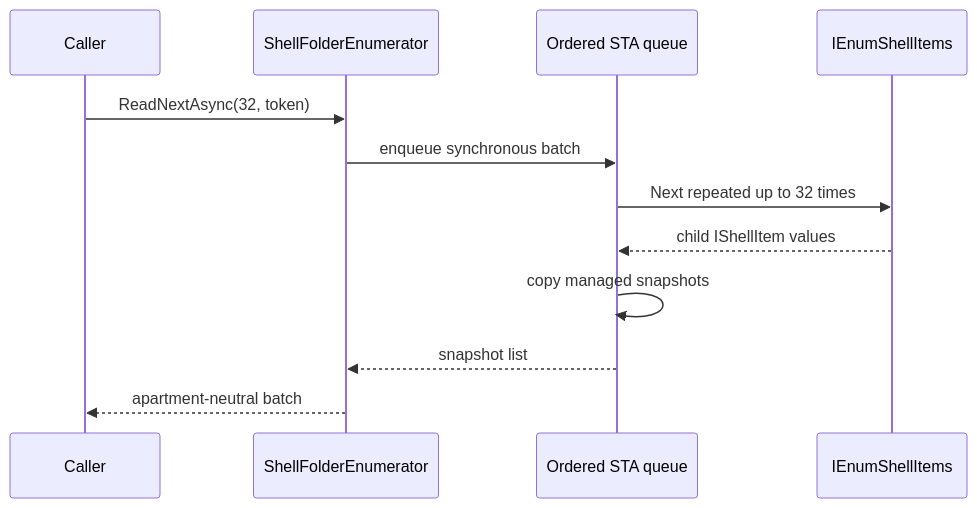
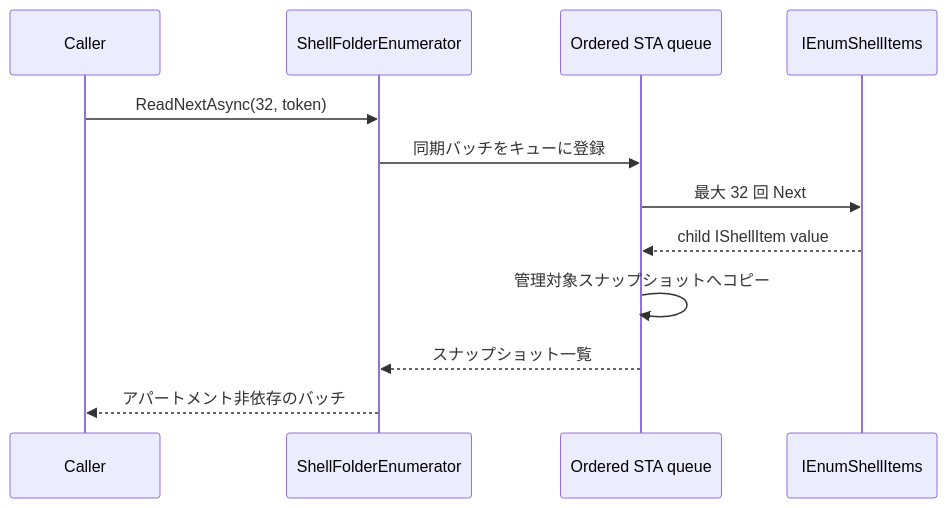
Before and after one commit to 0x5bfa/Files: the fourth of 4 diagrams in docs/architecture/threading.md, drawn with Mermaid. The commit also changed other lines of this file and 18 other files, not shown here.

Commit message:
Translate architecture docs to Japanese

````diff
--- a/docs/architecture/threading.md
+++ b/docs/architecture/threading.md
@@ -95,15 +94,15 @@
 ```mermaid
 sequenceDiagram
     participant Caller
     participant Wrapper as ShellFolderEnumerator
     participant Queue as Ordered STA queue
     participant Shell as IEnumShellItems
 
     Caller->>Wrapper: ReadNextAsync(32, token)
-    Wrapper->>Queue: enqueue synchronous batch
-    Queue->>Shell: Next repeated up to 32 times
-    Shell-->>Queue: child IShellItem values
-    Queue->>Queue: copy managed snapshots
-    Queue-->>Wrapper: snapshot list
-    Wrapper-->>Caller: apartment-neutral batch
+    Wrapper->>Queue: 同期バッチをキューに登録
+    Queue->>Shell: 最大 32 回 Next
+    Shell-->>Queue: child IShellItem value
+    Queue->>Queue: 管理対象スナップショットへコピー
+    Queue-->>Wrapper: スナップショット一覧
+    Wrapper-->>Caller: アパートメント非依存のバッチ
 ```
````
